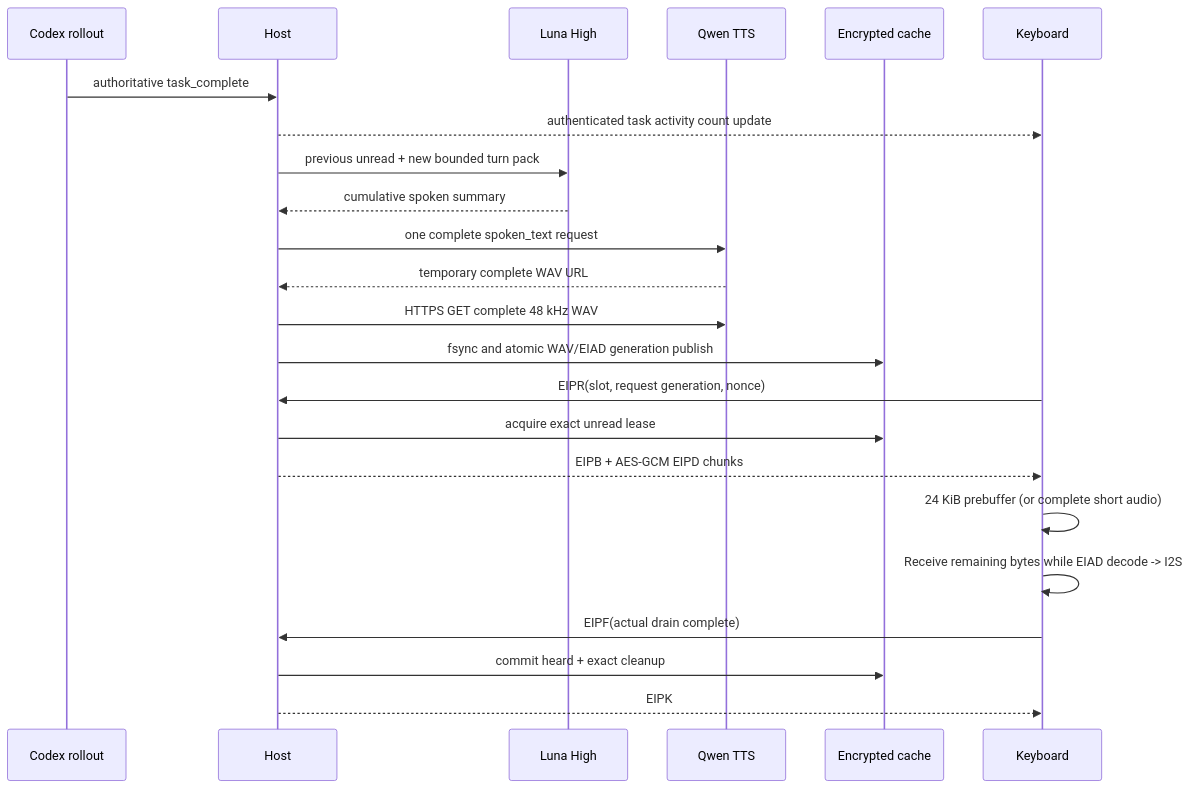
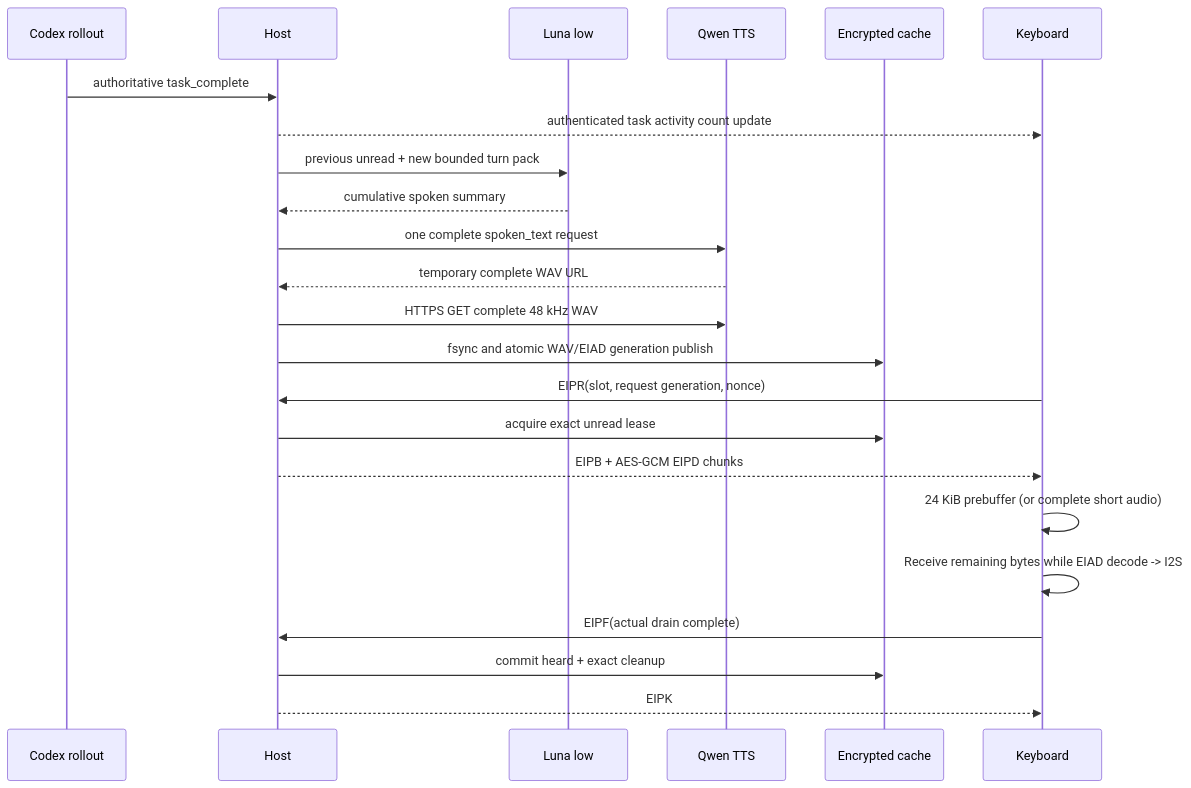
One commit to Larkspur-Wang/Codex_Keyboard changed the third of 3 diagrams in docs/端到端架构.md. Above: the diagram before and after it, drawn with Mermaid. The commit also changed other lines of this file and 6 other files, not shown here.

First line of the commit message:
fix: accept Codex 0.154 queue sqlite in Spark home and use luna low

````diff
--- a/docs/端到端架构.md
+++ b/docs/端到端架构.md
@@ -64,26 +64,26 @@
 ```mermaid
 sequenceDiagram
     participant C as Codex rollout
     participant H as Host
-    participant S as Luna High
+    participant S as Luna low
     participant T as Qwen TTS
     participant D as Encrypted cache
     participant K as Keyboard
 
     C->>H: authoritative task_complete
     H-->>K: authenticated task activity count update
     H->>S: previous unread + new bounded turn pack
     S-->>H: cumulative spoken summary
     H->>T: one complete spoken_text request
     T-->>H: temporary complete WAV URL
     H->>T: HTTPS GET complete 48 kHz WAV
     H->>D: fsync and atomic WAV/EIAD generation publish
     K->>H: EIPR(slot, request generation, nonce)
     H->>D: acquire exact unread lease
     H-->>K: EIPB + AES-GCM EIPD chunks
     K->>K: 24 KiB prebuffer (or complete short audio)
     K->>K: Receive remaining bytes while EIAD decode -> I2S
     K->>H: EIPF(actual drain complete)
     H->>D: commit heard + exact cleanup
     H-->>K: EIPK
 ```
````
